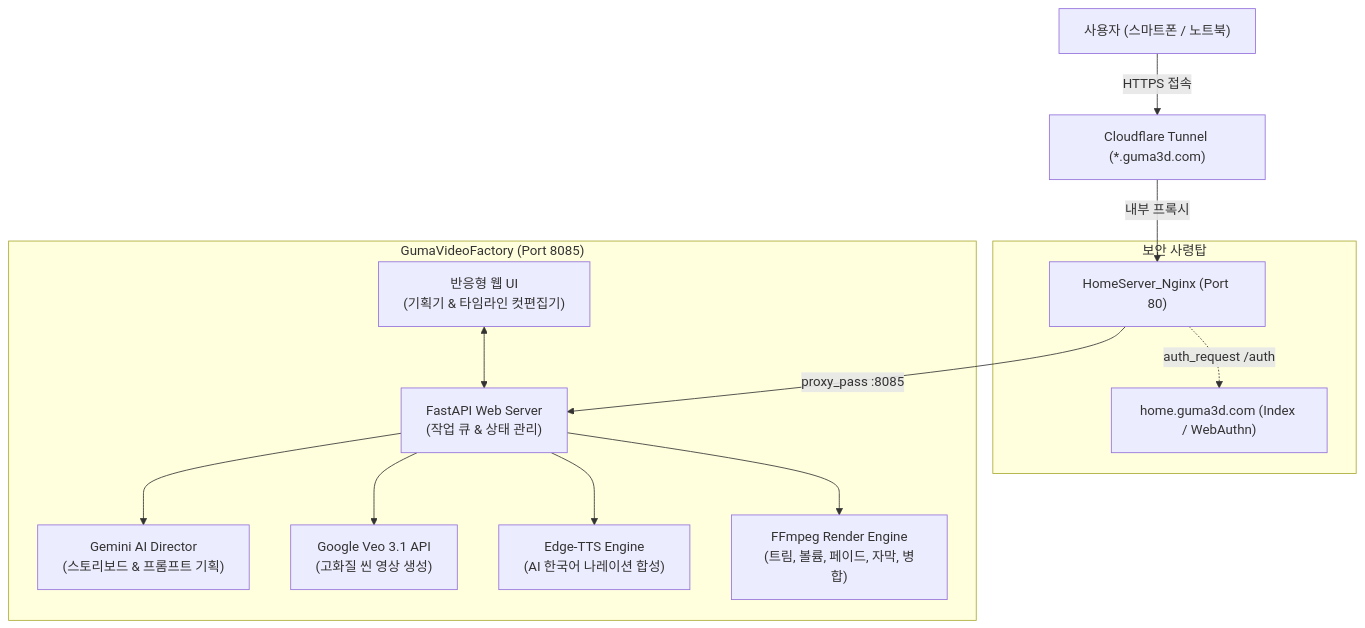
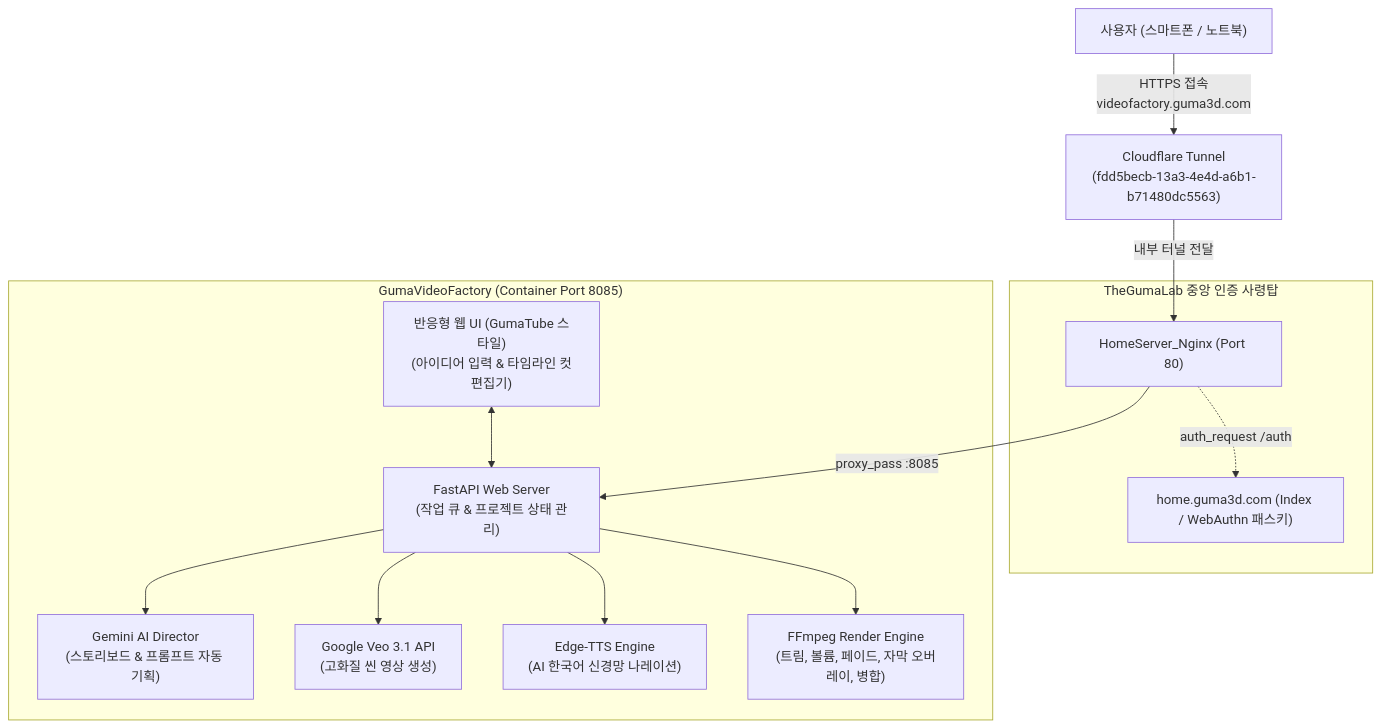
Before and after one commit to guma3d/TheGumaLab: the first of 2 diagrams in GumaVideoFactory/README.md, drawn with Mermaid. The commit also changed other lines of this file and 154 other files, not shown here.

Commit message:
(Gram) feat: remove deprecated services and deploy GumaVideoFactory service

````diff
--- a/GumaVideoFactory/README.md
+++ b/GumaVideoFactory/README.md
@@ -18,28 +18,28 @@
 ```mermaid
 flowchart TD
-    User["사용자 (스마트폰 / 노트북)"] -->|HTTPS 접속| CF["Cloudflare Tunnel (*.guma3d.com)"]
-    CF -->|내부 프록시| NGINX["HomeServer_Nginx (Port 80)"]
+    User["사용자 (스마트폰 / 노트북)"] -->|HTTPS 접속<br/>videofactory.guma3d.com| CF["Cloudflare Tunnel<br/>(fdd5becb-13a3-4e4d-a6b1-b71480dc5563)"]
+    CF -->|내부 터널 전달| NGINX["HomeServer_Nginx (Port 80)"]
     
-    subgraph Security ["보안 사령탑"]
-        AUTH["home.guma3d.com (Index / WebAuthn)"]
+    subgraph Security ["TheGumaLab 중앙 인증 사령탑"]
+        AUTH["home.guma3d.com (Index / WebAuthn 패스키)"]
         NGINX -.->|auth_request /auth| AUTH
     end
 
-    subgraph Service ["GumaVideoFactory (Port 8085)"]
-        API["FastAPI Web Server<br/>(작업 큐 & 상태 관리)"]
-        WEB["반응형 웹 UI<br/>(기획기 & 타임라인 컷편집기)"]
+    subgraph Service ["GumaVideoFactory (Container Port 8085)"]
+        API["FastAPI Web Server<br/>(작업 큐 & 프로젝트 상태 관리)"]
+        WEB["반응형 웹 UI (GumaTube 스타일)<br/>(아이디어 입력 & 타임라인 컷편집기)"]
         
-        AI_PLAN["Gemini AI Director<br/>(스토리보드 & 프롬프트 기획)"]
+        AI_PLAN["Gemini AI Director<br/>(스토리보드 & 프롬프트 자동 기획)"]
         VEO["Google Veo 3.1 API<br/>(고화질 씬 영상 생성)"]
-        TTS["Edge-TTS Engine<br/>(AI 한국어 나레이션 합성)"]
-        FFMPEG["FFmpeg Render Engine<br/>(트림, 볼륨, 페이드, 자막, 병합)"]
+        TTS["Edge-TTS Engine<br/>(AI 한국어 신경망 나레이션)"]
+        FFMPEG["FFmpeg Render Engine<br/>(트림, 볼륨, 페이드, 자막 오버레이, 병합)"]
         
         API --> AI_PLAN
         API --> VEO
         API --> TTS
         API --> FFMPEG
     end
 
     NGINX -->|proxy_pass :8085| API
     WEB <--> API
 ```
````
